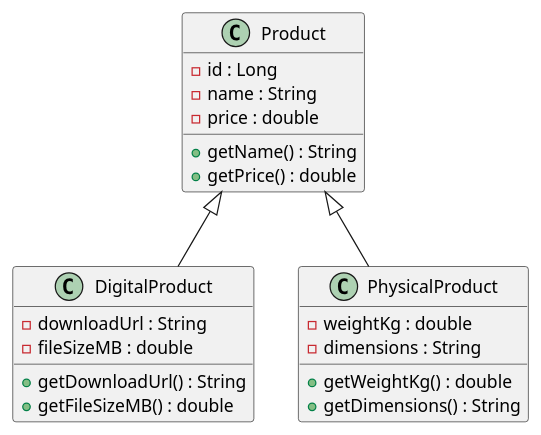
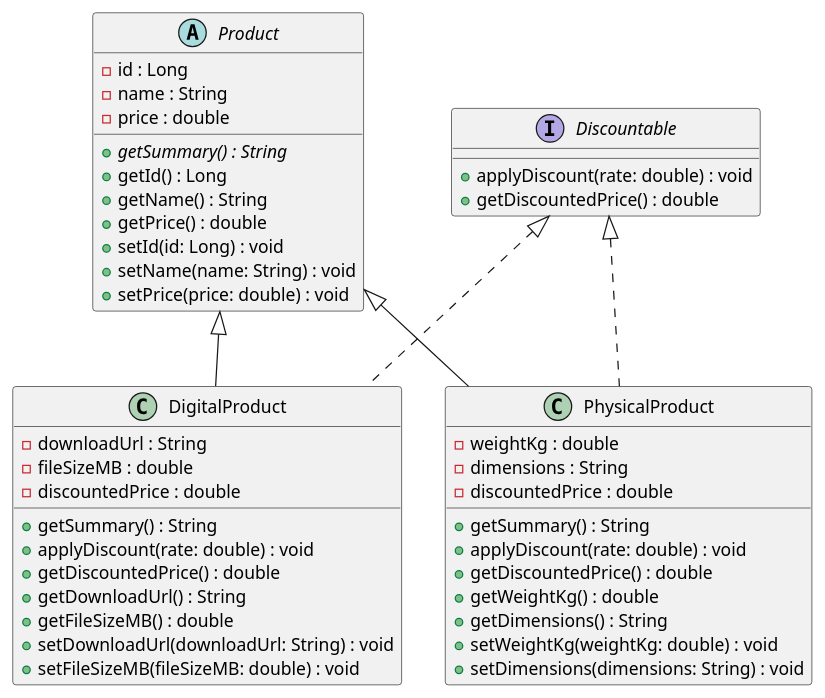
Before and after one commit to MY-akeel/product-api: the diagram in docs/uml/product-hierarchy.puml, drawn with PlantUML. The commit also changed 6 other files, not shown here.

Commit message:
Tutorial 5: implement polymorphism, abstraction and Discountable interface

```diff
--- a/docs/uml/product-hierarchy.puml
+++ b/docs/uml/product-hierarchy.puml
@@ -1,23 +1,53 @@
 @startuml
-class Product {
- - id : Long
- - name : String
- - price : double
- + getName() : String
- + getPrice() : double
+
+abstract class Product {
+  - id : Long
+  - name : String
+  - price : double
+  + {abstract} getSummary() : String
+  + getId() : Long
+  + getName() : String
+  + getPrice() : double
+  + setId(id: Long) : void
+  + setName(name: String) : void
+  + setPrice(price: double) : void
 }
+
+interface Discountable {
+  + applyDiscount(rate: double) : void
+  + getDiscountedPrice() : double
+}
+
 class DigitalProduct {
- - downloadUrl : String
- - fileSizeMB : double
- + getDownloadUrl() : String
- + getFileSizeMB() : double
+  - downloadUrl : String
+  - fileSizeMB : double
+  - discountedPrice : double
+  + getSummary() : String
+  + applyDiscount(rate: double) : void
+  + getDiscountedPrice() : double
+  + getDownloadUrl() : String
+  + getFileSizeMB() : double
+  + setDownloadUrl(downloadUrl: String) : void
+  + setFileSizeMB(fileSizeMB: double) : void
 }
+
 class PhysicalProduct {
- - weightKg : double
- - dimensions : String
- + getWeightKg() : double
- + getDimensions() : String
+  - weightKg : double
+  - dimensions : String
+  - discountedPrice : double
+  + getSummary() : String
+  + applyDiscount(rate: double) : void
+  + getDiscountedPrice() : double
+  + getWeightKg() : double
+  + getDimensions() : String
+  + setWeightKg(weightKg: double) : void
+  + setDimensions(dimensions: String) : void
 }
+
 Product <|-- DigitalProduct
 Product <|-- PhysicalProduct
+
+Discountable <|.. DigitalProduct
+Discountable <|.. PhysicalProduct
+
 @enduml
```
